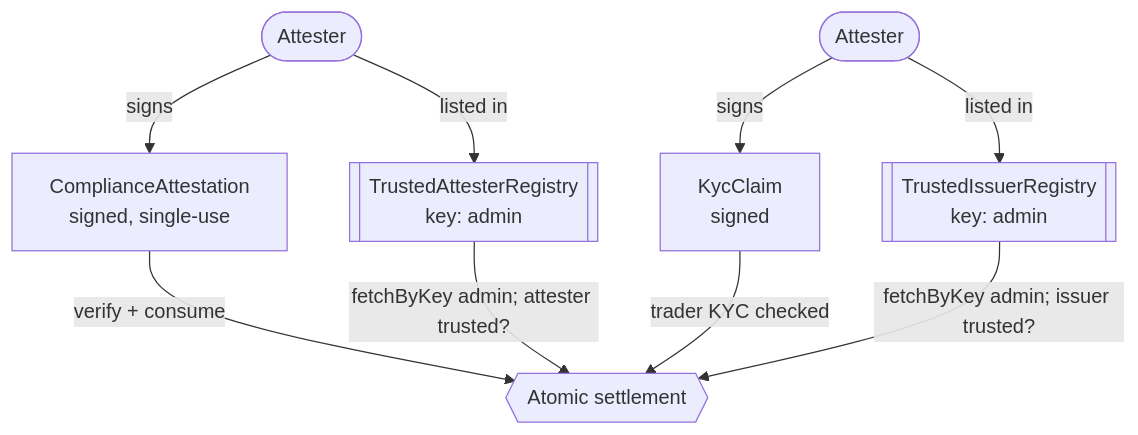
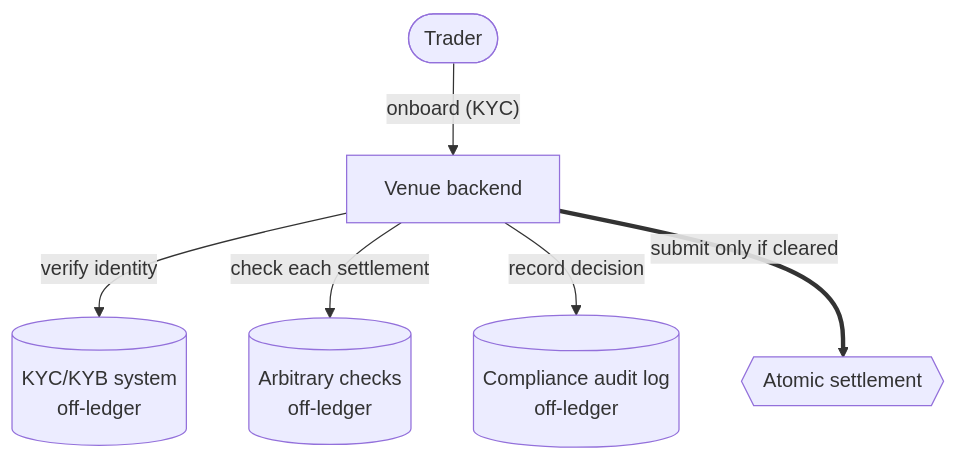
The first of 5 diagrams in docs/reference-architectures/dex.md (OpenZeppelin/canton-specs), drawn with Mermaid before and after one commit. The commit also changed other lines of this file, not shown here.

Commit message:
Move D1 and D3 off-ledger.

````diff
--- a/docs/reference-architectures/dex.md
+++ b/docs/reference-architectures/dex.md
@@ -302,19 +303,15 @@
 ```mermaid
 flowchart TD
-    Attester1([Attester])
-    Attester2([Attester])
-    AttReg[["TrustedAttesterRegistry<br/>key: admin"]]
-    IssReg[["TrustedIssuerRegistry<br/>key: admin"]]
-    Attn["ComplianceAttestation<br/>signed, single-use"]
-    Kyc["KycClaim<br/>signed"]
+    Trader([Trader])
+    Backend["Venue backend"]
+    Kyb[("KYC/KYB system<br/>off-ledger")]
+    Checks[("Arbitrary checks<br/>off-ledger")]
+    Log[("Compliance audit log<br/>off-ledger")]
     Settle{{Atomic settlement}}
 
-    Attester1 -->|"listed in"| AttReg
-    Attester2 -->|"listed in"| IssReg
-    Attester1 -->|"signs"| Attn
-    Attester2 -->|"signs"| Kyc
-    Attn -->|"verify + consume"| Settle
-    AttReg -->|"fetchByKey admin; attester trusted?"| Settle
-    Kyc -->|"trader KYC checked"| Settle
-    IssReg -->|"fetchByKey admin; issuer trusted?"| Settle
+    Trader -->|"onboard (KYC)"| Backend
+    Backend -->|"verify identity"| Kyb
+    Backend -->|"check each settlement"| Checks
+    Backend -->|"record decision"| Log
+    Backend ==>|"submit only if cleared"| Settle
 ```
````
